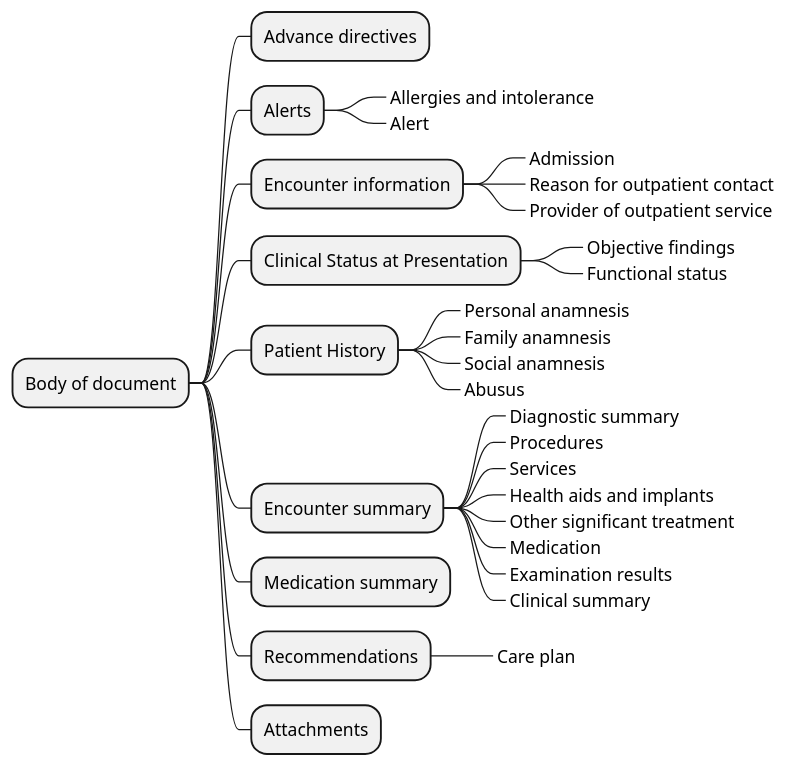
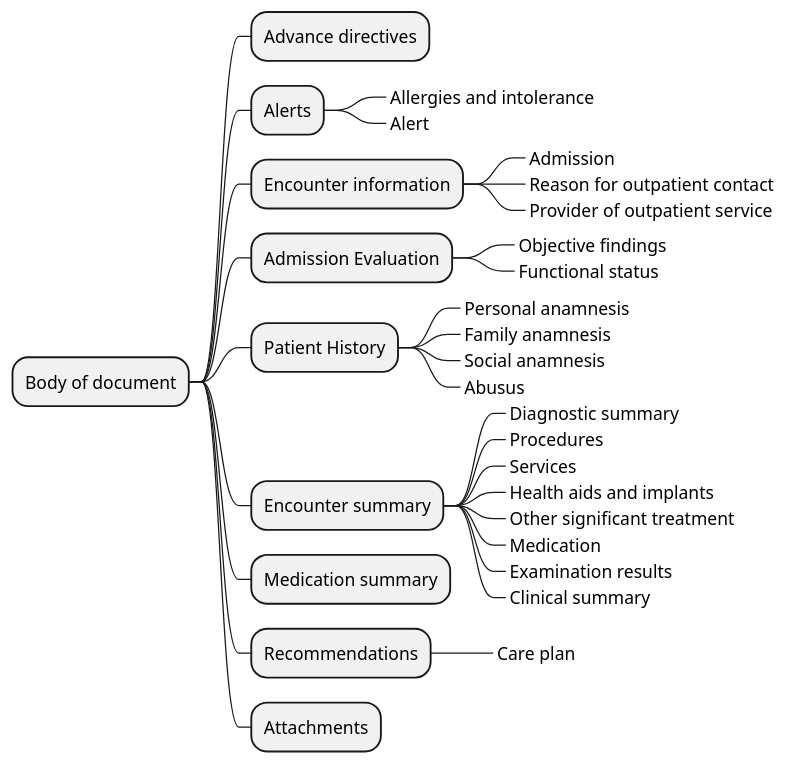
One commit to HL7-cz/amb changed the diagram in input/images-source/body-mindmap-en.plantuml. Above: the diagram before and after it, drawn with PlantUML. The commit also changed 11 other files, not shown here.

Commit message:
update rename section AdmissionEvaluation

```diff
--- a/input/images-source/body-mindmap-en.plantuml
+++ b/input/images-source/body-mindmap-en.plantuml
@@ -1,32 +1,32 @@
     @startmindmap MindmapBodyEn
 * Body of document
 ** Advance directives
 ** Alerts
 ***_ Allergies and intolerance
 ***_ Alert
 ** Encounter information
 ***_ Admission
 ***_ Reason for outpatient contact 
 ***_ Provider of outpatient service
-** Clinical Status at Presentation
+** Admission Evaluation
 ***_ Objective findings
 ***_ Functional status
 ** Patient History
 ***_ Personal anamnesis
 ***_ Family anamnesis
 ***_ Social anamnesis
 ***_ Abusus
 ** Encounter summary
 ***_ Diagnostic summary
 ***_ Procedures
 ***_ Services
 ***_ Health aids and implants
 ***_ Other significant treatment
 ***_ Medication
 ***_ Examination results
 ***_ Clinical summary
 ** Medication summary
 ** Recommendations
 ***_ Care plan
 ** Attachments
 @endmindmap
```
